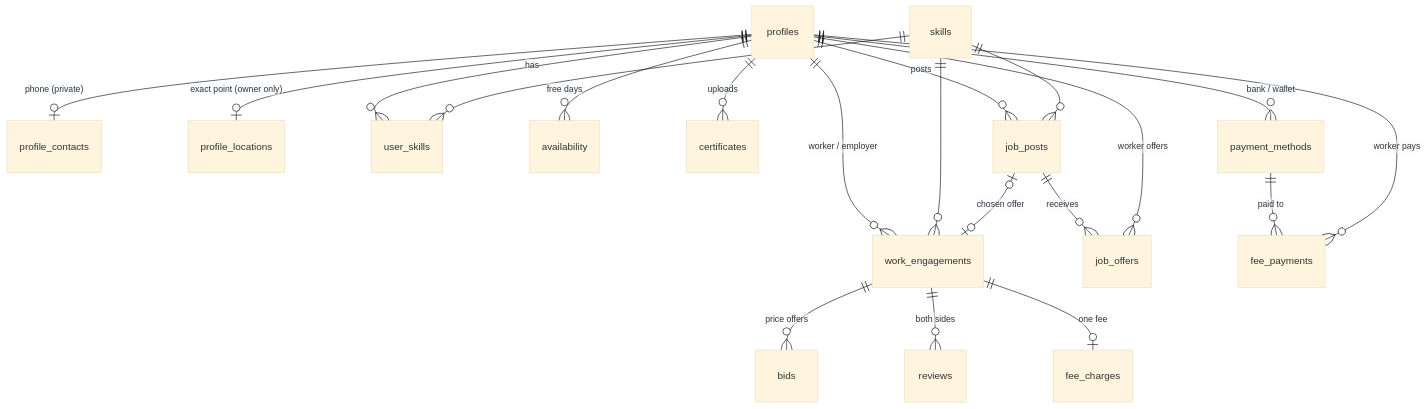
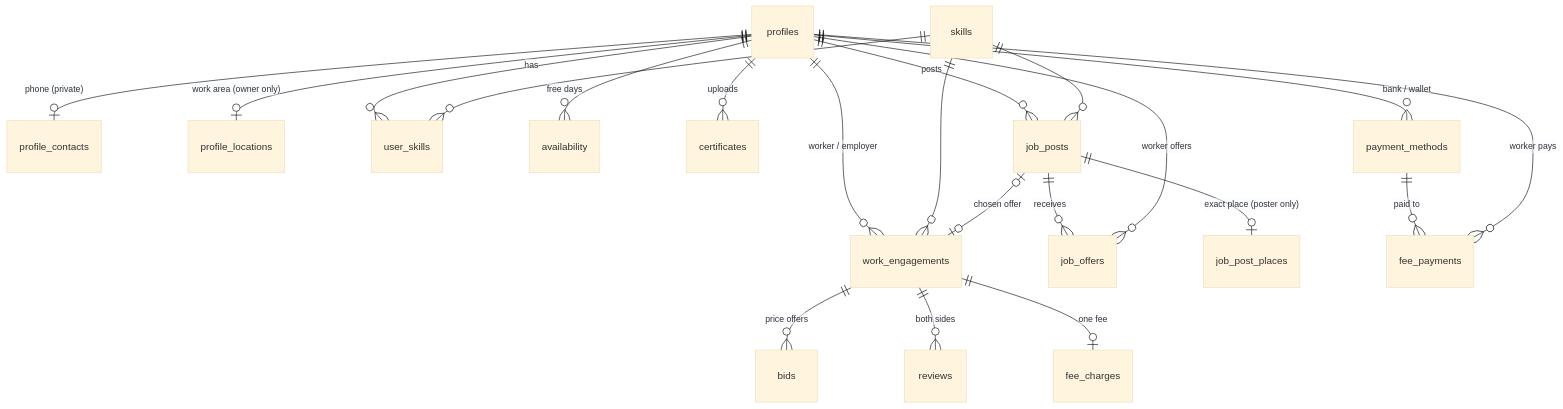
The second of 6 diagrams in README.md (DulekoNepal/Duleko), drawn with Mermaid (base theme) before and after one commit. The commit also changed other lines of this file and 26 other files, not shown here.

````diff
--- a/README.md
+++ b/README.md
@@ -185,22 +186,23 @@
 ```mermaid
 erDiagram
   profiles ||--o| profile_contacts : "phone (private)"
-  profiles ||--o| profile_locations : "exact point (owner only)"
+  profiles ||--o| profile_locations : "work area (owner only)"
   profiles ||--o{ user_skills : has
   skills ||--o{ user_skills : ""
   profiles ||--o{ availability : "free days"
   profiles ||--o{ certificates : uploads
   profiles ||--o{ work_engagements : "worker / employer"
   skills ||--o{ work_engagements : ""
   work_engagements ||--o{ bids : "price offers"
   work_engagements ||--o{ reviews : "both sides"
   profiles ||--o{ job_posts : posts
   skills ||--o{ job_posts : ""
   job_posts ||--o{ job_offers : receives
+  job_posts ||--o| job_post_places : "exact place (poster only)"
   profiles ||--o{ job_offers : "worker offers"
   job_posts |o--o| work_engagements : "chosen offer"
   work_engagements ||--o| fee_charges : "one fee"
   profiles ||--o{ payment_methods : "bank / wallet"
   payment_methods ||--o{ fee_payments : "paid to"
   profiles ||--o{ fee_payments : "worker pays"
 ```
````
